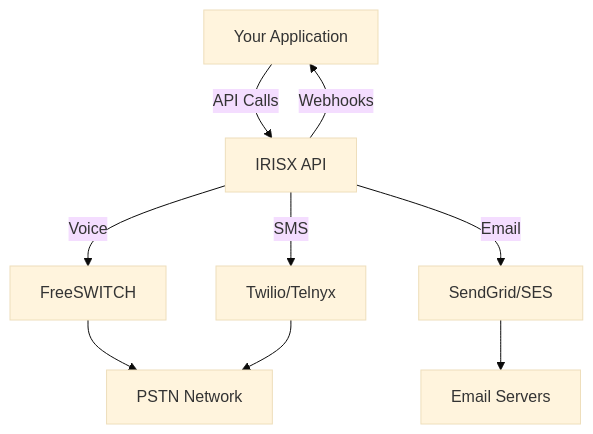
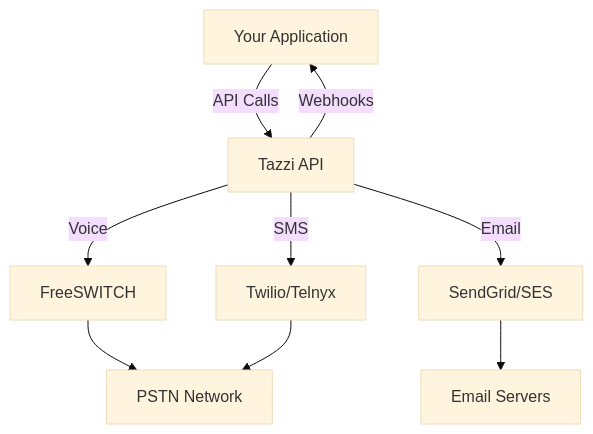
Before and after one commit to genghisprime/irisx-infrastructure: the diagram in docs/introduction.mdx, drawn with Mermaid (base theme). The commit also changed other lines of this file and 220 other files, not shown here.

````diff
--- a/docs/introduction.mdx
+++ b/docs/introduction.mdx
@@ -89,11 +89,11 @@
 ```mermaid
 graph TD
-    A[Your Application] -->|API Calls| B[IRISX API]
+    A[Your Application] -->|API Calls| B[Tazzi API]
     B -->|Webhooks| A
     B -->|Voice| C[FreeSWITCH]
     B -->|SMS| D[Twilio/Telnyx]
     B -->|Email| E[SendGrid/SES]
     C --> F[PSTN Network]
     D --> F
     E --> G[Email Servers]
 ```
````
